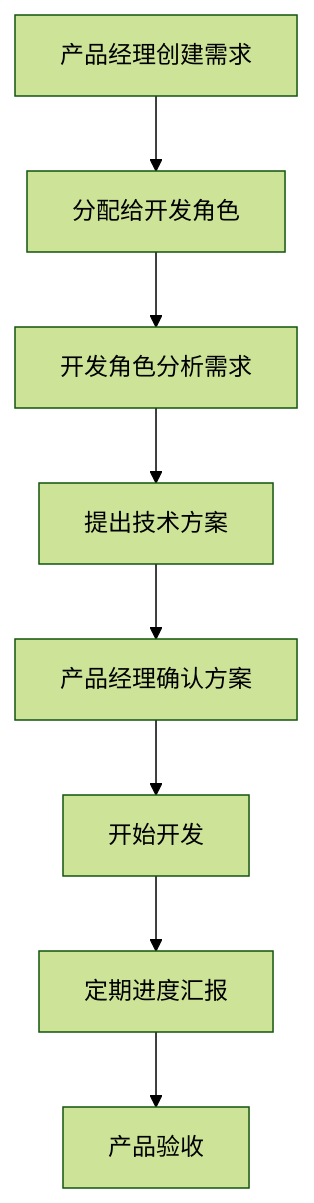
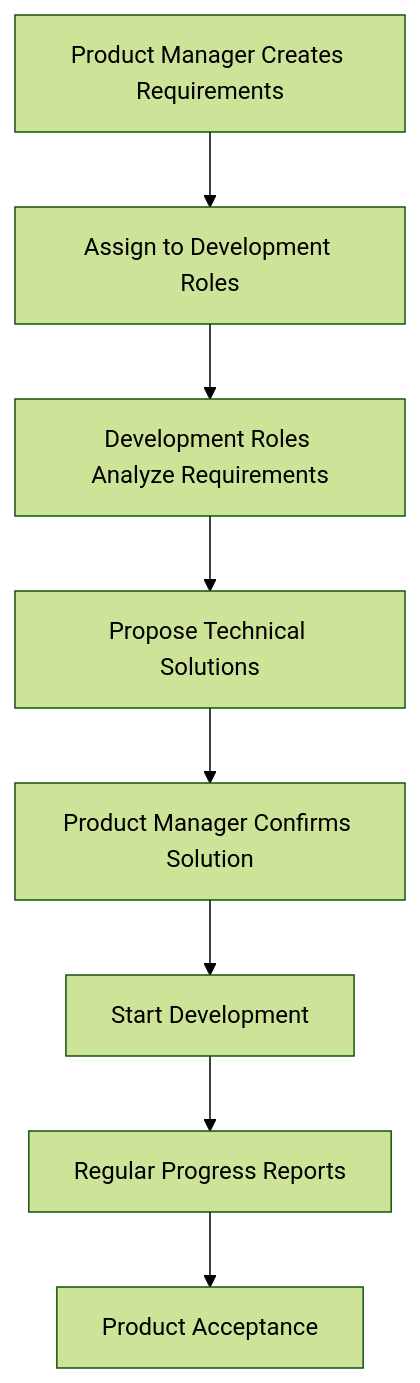
Before and after one commit to fallrising/bee_swarm: the fourth of 4 diagrams in docs/level3/workflow-system.md, drawn with Mermaid (forest theme). The commit also changed other lines of this file and 8 other files, not shown here.

````diff
--- a/docs/level3/workflow-system.md
+++ b/docs/level3/workflow-system.md
@@ -70,10 +70,10 @@
 ```mermaid
 graph TD
-    A[产品经理创建需求] --> B[分配给开发角色]
-    B --> C[开发角色分析需求]
-    C --> D[提出技术方案]
-    D --> E[产品经理确认方案]
-    E --> F[开始开发]
-    F --> G[定期进度汇报]
-    G --> H[产品验收]
+    A[Product Manager Creates Requirements] --> B[Assign to Development Roles]
+    B --> C[Development Roles Analyze Requirements]
+    C --> D[Propose Technical Solutions]
+    D --> E[Product Manager Confirms Solution]
+    E --> F[Start Development]
+    F --> G[Regular Progress Reports]
+    G --> H[Product Acceptance]
 ```
````
